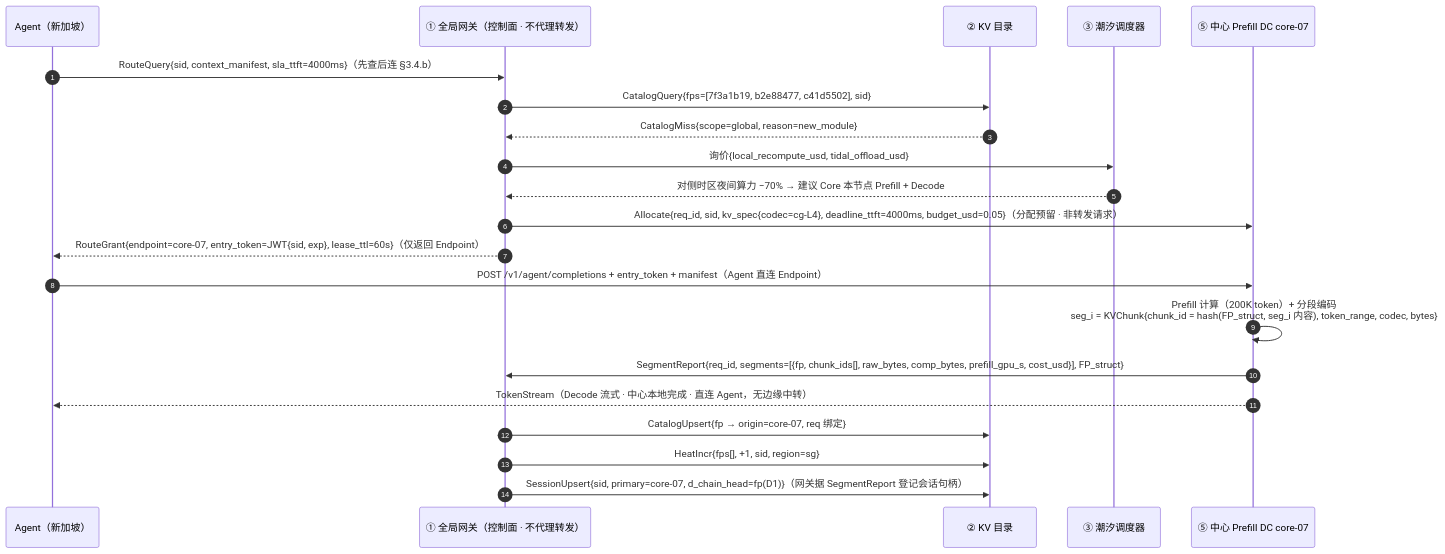
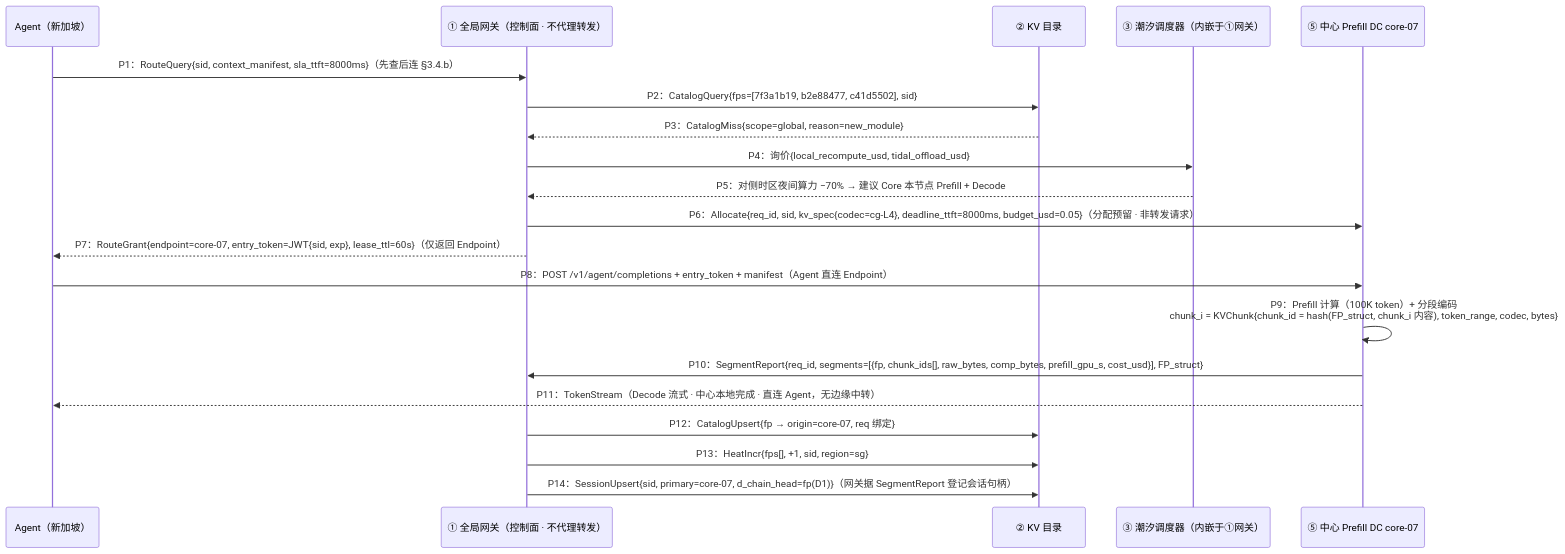
One commit to asml125-sketch/KVCacheCDNSolution changed the fifth of 9 diagrams in KV Cache CDN 解决方案构想报告（完整版V3）.md. Above: the diagram before and after it, drawn with Mermaid. The commit also changed other lines of this file and 3 other files, not shown here.

````diff
--- a/KV Cache CDN 解决方案构想报告（完整版V3）.md
+++ b/KV Cache CDN 解决方案构想报告（完整版V3）.md
@@ -573,23 +709,22 @@
 ```mermaid
 sequenceDiagram
-    autonumber
     participant A as Agent（新加坡）
     participant GW as ① 全局网关（控制面 · 不代理转发）
     participant CAT as ② KV 目录
-    participant T as ③ 潮汐调度器
+    participant T as ③ 潮汐调度器（内嵌于①网关）
     participant Core as ⑤ 中心 Prefill DC core-07
-    A->>GW: RouteQuery{sid, context_manifest, sla_ttft=4000ms}（先查后连 §3.4.b）
-    GW->>CAT: CatalogQuery{fps=[7f3a1b19, b2e88477, c41d5502], sid}
-    CAT-->>GW: CatalogMiss{scope=global, reason=new_module}
-    GW->>T: 询价{local_recompute_usd, tidal_offload_usd}
-    T-->>GW: 对侧时区夜间算力 −70% → 建议 Core 本节点 Prefill + Decode
-    GW->>Core: Allocate{req_id, sid, kv_spec{codec=cg-L4}, deadline_ttft=4000ms, budget_usd=0.05}（分配预留 · 非转发请求）
-    GW-->>A: RouteGrant{endpoint=core-07, entry_token=JWT{sid, exp}, lease_ttl=60s}（仅返回 Endpoint）
-    A->>Core: POST /v1/agent/completions + entry_token + manifest（Agent 直连 Endpoint）
-    Core->>Core: Prefill 计算（200K token）+ 分段编码<br/>seg_i = KVChunk{chunk_id = hash(FP_struct, seg_i 内容), token_range, codec, bytes}
-    Core->>GW: SegmentReport{req_id, segments=[{fp, chunk_ids[], raw_bytes, comp_bytes, prefill_gpu_s, cost_usd}], FP_struct}
-    Core-->>A: TokenStream（Decode 流式 · 中心本地完成 · 直连 Agent，无边缘中转）
-    GW->>CAT: CatalogUpsert{fp → origin=core-07, req 绑定}
-    GW->>CAT: HeatIncr{fps[], +1, sid, region=sg}
-    GW->>CAT: SessionUpsert{sid, primary=core-07, d_chain_head=fp(D1)}（网关据 SegmentReport 登记会话句柄）
+    A->>GW: P1：RouteQuery{sid, context_manifest, sla_ttft=8000ms}（先查后连 §3.4.b）
+    GW->>CAT: P2：CatalogQuery{fps=[7f3a1b19, b2e88477, c41d5502], sid}
+    CAT-->>GW: P3：CatalogMiss{scope=global, reason=new_module}
+    GW->>T: P4：询价{local_recompute_usd, tidal_offload_usd}
+    T-->>GW: P5：对侧时区夜间算力 −70% → 建议 Core 本节点 Prefill + Decode
+    GW->>Core: P6：Allocate{req_id, sid, kv_spec{codec=cg-L4}, deadline_ttft=8000ms, budget_usd=0.05}（分配预留 · 非转发请求）
+    GW-->>A: P7：RouteGrant{endpoint=core-07, entry_token=JWT{sid, exp}, lease_ttl=60s}（仅返回 Endpoint）
+    A->>Core: P8：POST /v1/agent/completions + entry_token + manifest（Agent 直连 Endpoint）
+    Core->>Core: P9：Prefill 计算（100K token）+ 分段编码<br/>chunk_i = KVChunk{chunk_id = hash(FP_struct, chunk_i 内容), token_range, codec, bytes}
+    Core->>GW: P10：SegmentReport{req_id, segments=[{fp, chunk_ids[], raw_bytes, comp_bytes, prefill_gpu_s, cost_usd}], FP_struct}
+    Core-->>A: P11：TokenStream（Decode 流式 · 中心本地完成 · 直连 Agent，无边缘中转）
+    GW->>CAT: P12：CatalogUpsert{fp → origin=core-07, req 绑定}
+    GW->>CAT: P13：HeatIncr{fps[], +1, sid, region=sg}
+    GW->>CAT: P14：SessionUpsert{sid, primary=core-07, d_chain_head=fp(D1)}（网关据 SegmentReport 登记会话句柄）
 ```
````
